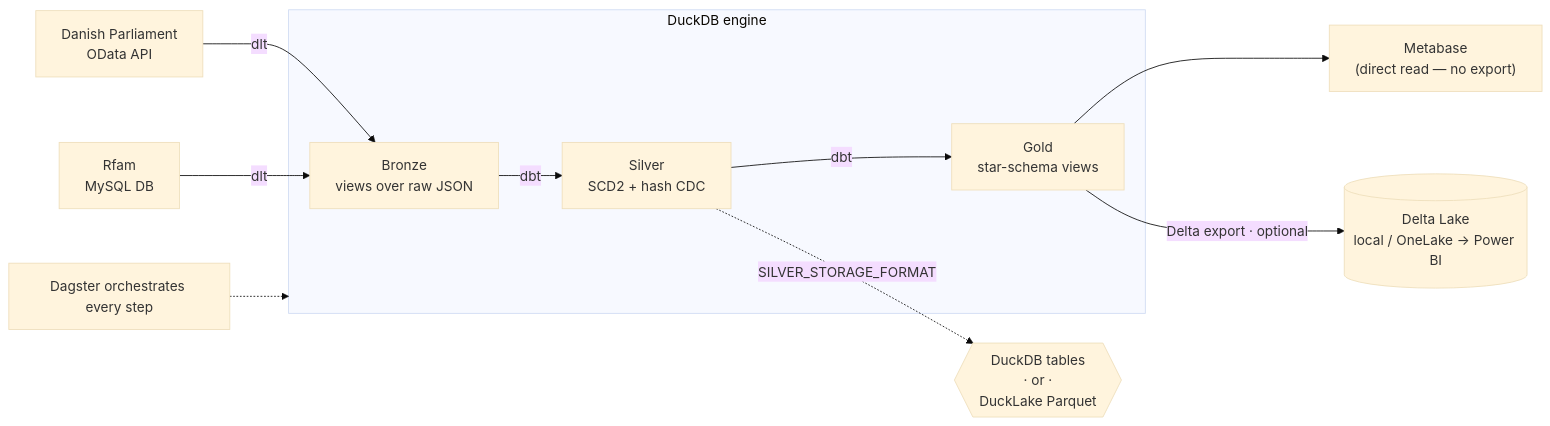
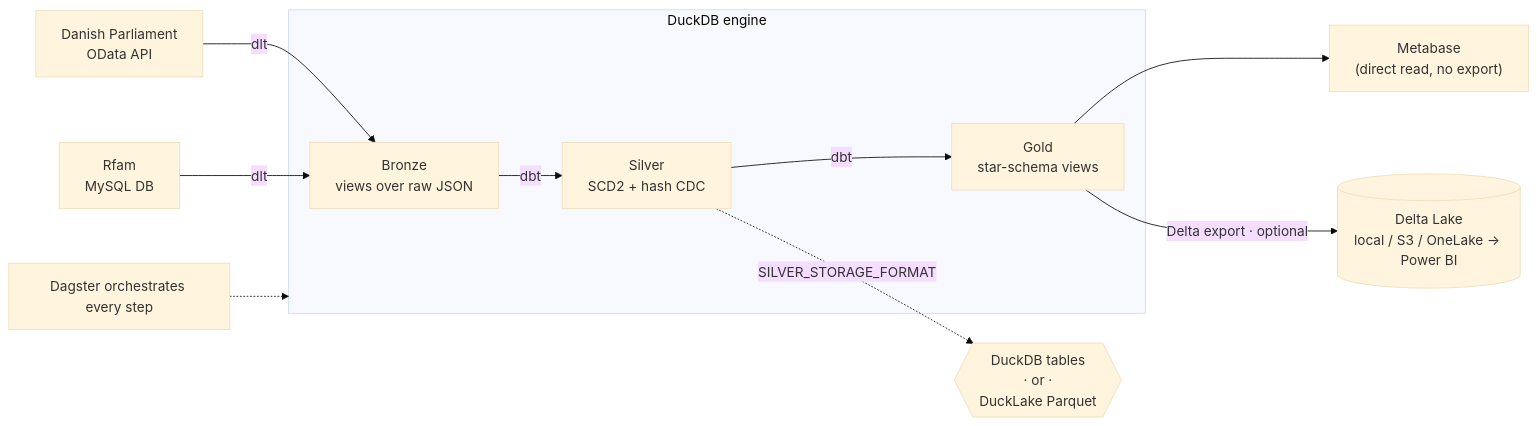
One commit to edwinweber/dbt_duckdb_demo_public changed the first of 2 diagrams in documentation/talk_medallion_on_a_laptop.md. Above: the diagram before and after it, drawn with Mermaid (base theme). The commit also changed other lines of this file and 106 other files, not shown here.

````diff
--- a/documentation/talk_medallion_on_a_laptop.md
+++ b/documentation/talk_medallion_on_a_laptop.md
@@ -72,13 +68,13 @@
 ```mermaid
 flowchart LR
     subgraph DUCK["DuckDB engine"]
         B["Bronze<br/>views over raw JSON"] -->|dbt| S["Silver<br/>SCD2 + hash CDC"]
         S -->|dbt| G["Gold<br/>star-schema views"]
     end
     DDD["Danish Parliament<br/>OData API"] -->|dlt| B
     RFAM["Rfam<br/>MySQL DB"] -->|dlt| B
     S -.->|SILVER_STORAGE_FORMAT| ST{{"DuckDB tables<br/>· or ·<br/>DuckLake Parquet"}}
-    G --> MB["Metabase<br/>(direct read — no export)"]
-    G -->|Delta export · optional| DL[("Delta Lake<br/>local / OneLake → Power BI")]
+    G --> MB["Metabase<br/>(direct read, no export)"]
+    G -->|Delta export · optional| DL[("Delta Lake<br/>local / S3 / OneLake → Power BI")]
     DAG["Dagster orchestrates every step"] -.-> DUCK
 ```
````
